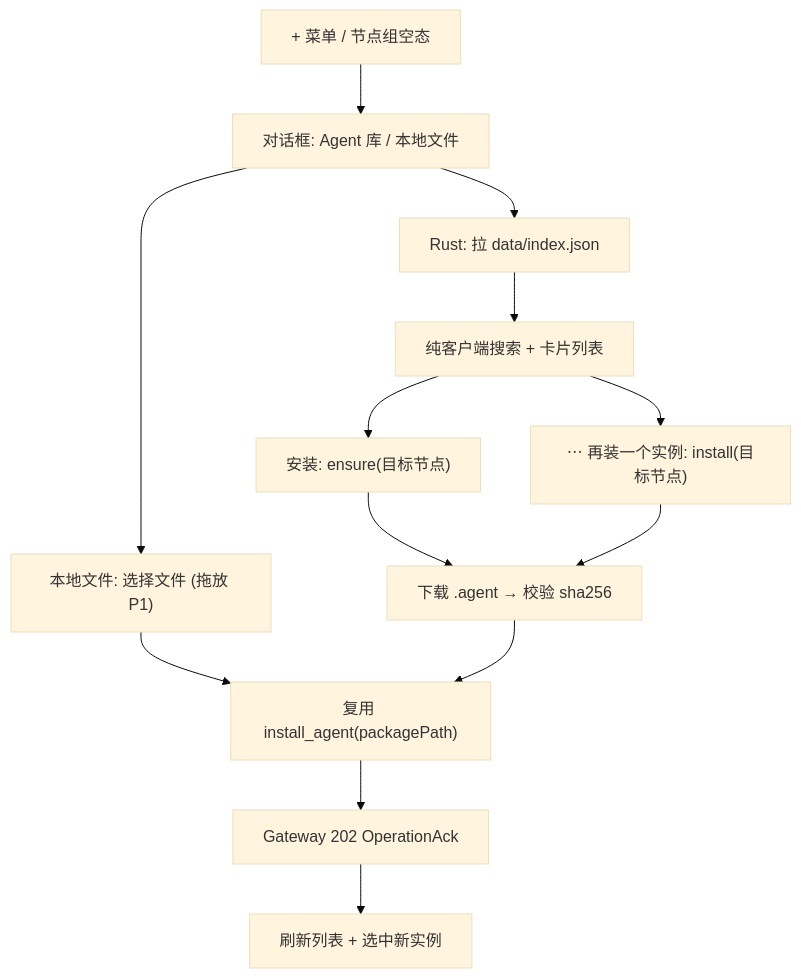
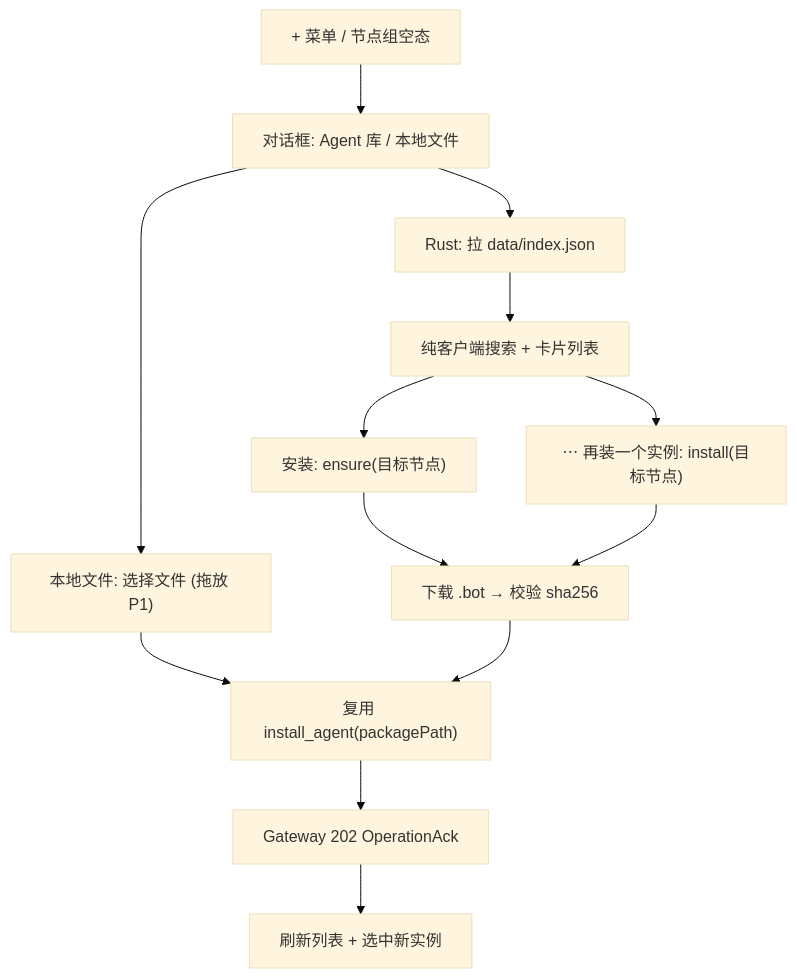
The first of 2 diagrams in docs/prd/zh/prd-agent-hub-install-dialog.md (acowork/acowork), drawn with Mermaid (base theme) before and after one commit. The commit also changed other lines of this file and 46 other files, not shown here.

````diff
--- a/docs/prd/zh/prd-agent-hub-install-dialog.md
+++ b/docs/prd/zh/prd-agent-hub-install-dialog.md
@@ -194,15 +194,15 @@
 ```mermaid
 graph TD
     A["+ 菜单 / 节点组空态"] --> B["对话框: Agent 库 / 本地文件"]
     B --> C["Rust: 拉 data/index.json"]
     C --> D["纯客户端搜索 + 卡片列表"]
     D --> E["安装: ensure(目标节点)"]
     D --> F["⋯ 再装一个实例: install(目标节点)"]
     B --> G["本地文件: 选择文件 (拖放 P1)"]
-    E --> H["下载 .agent → 校验 sha256"]
+    E --> H["下载 .bot → 校验 sha256"]
     F --> H
     G --> I["复用 install_agent(packagePath)"]
     H --> I
     I --> J["Gateway 202 OperationAck"]
     J --> K["刷新列表 + 选中新实例"]
 ```
````
